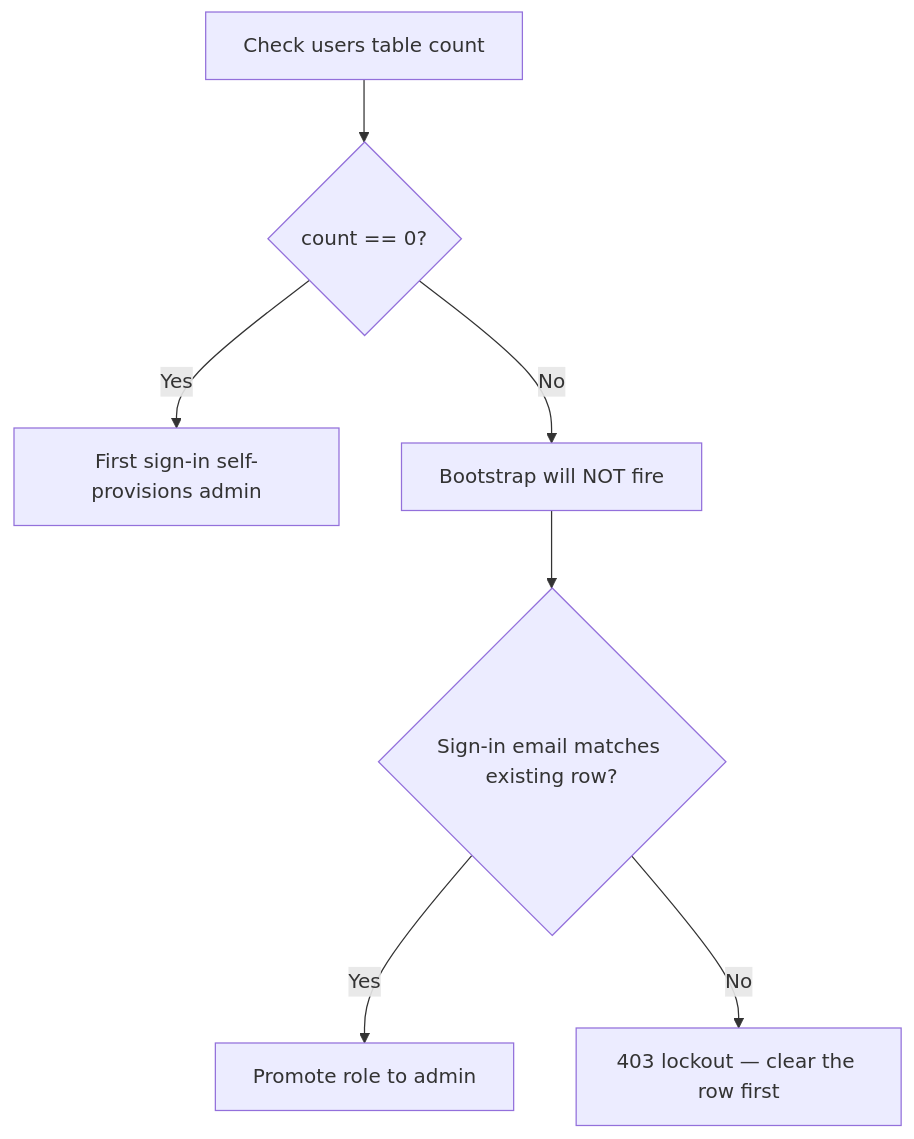
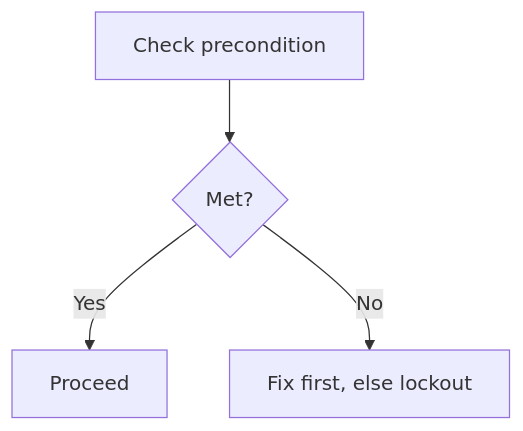
The second of 2 diagrams in .claude/skills/manual-steps/SKILL.md (gustaw-beznicki/Home-dashboard), drawn with Mermaid before and after one commit. The commit also changed other lines of this file and 2 other files, not shown here.

````diff
--- a/.claude/skills/manual-steps/SKILL.md
+++ b/.claude/skills/manual-steps/SKILL.md
@@ -87,9 +124,6 @@
 ```mermaid
 flowchart TD
-    A[Check users table count] --> B{count == 0?}
-    B -->|Yes| C[First sign-in self-provisions admin]
-    B -->|No| D[Bootstrap will NOT fire]
-    D --> E{Sign-in email matches existing row?}
-    E -->|Yes| F[Promote role to admin]
-    E -->|No| G[403 lockout — clear the row first]
+    A[Check precondition] --> B{Met?}
+    B -->|Yes| C[Proceed]
+    B -->|No| D[Fix first, else lockout]
 ```
````
